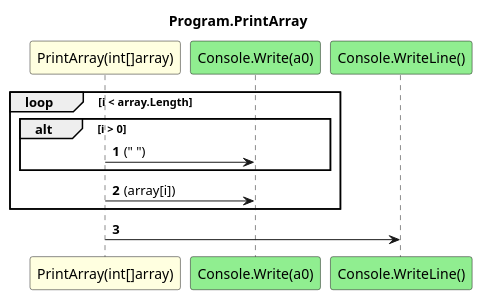
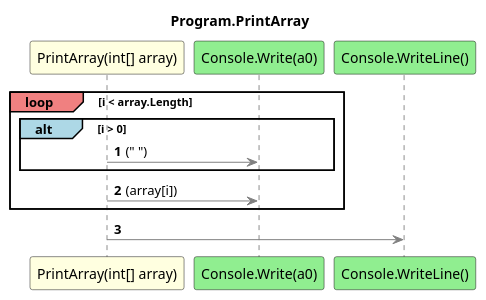
Before and after one commit to leoggehrer/2324-34_ABIF_ACIF_POSE: the diagram in SortingAlgorithms.ConApp/diagrams/sq_Program_PrintArray_1.puml, drawn with PlantUML. The commit also changed 37 other files, not shown here.

```diff
--- a/SortingAlgorithms.ConApp/diagrams/sq_Program_PrintArray_1.puml
+++ b/SortingAlgorithms.ConApp/diagrams/sq_Program_PrintArray_1.puml
@@ -1,14 +1,14 @@
 @startuml Program.PrintArray
 title Program.PrintArray
-participant "PrintArray(int[]array)" as PrintArray_p0 #LightYellow
+participant "PrintArray(int[] array)" as PrintArray_p0 #LightYellow
 participant "Console.Write(a0)" as Console_Write_a0 #LightGreen
 participant "Console.WriteLine()" as Console_WriteLine #LightGreen
 autonumber
-loop i < array.Length
-    alt i > 0
-        PrintArray_p0 -> Console_Write_a0 : (" ")
+loop#LightCoral i < array.Length
+    alt#LightBlue i > 0
+        PrintArray_p0 -[#grey]> Console_Write_a0 : (" ")
     end
-    PrintArray_p0 -> Console_Write_a0 : (array[i])
+    PrintArray_p0 -[#grey]> Console_Write_a0 : (array[i])
 end
-PrintArray_p0 -> Console_WriteLine
+PrintArray_p0 -[#grey]> Console_WriteLine
 @enduml
```
